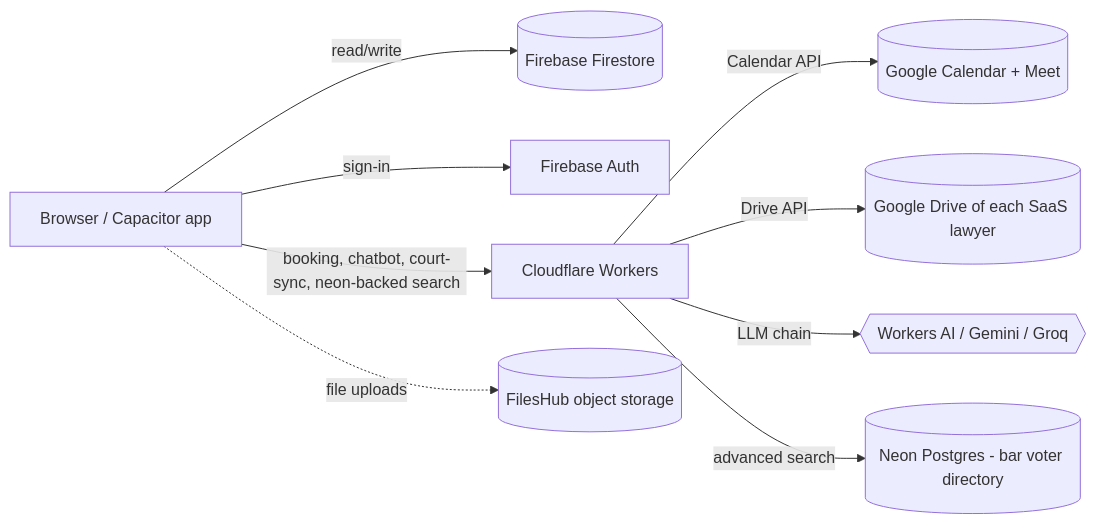
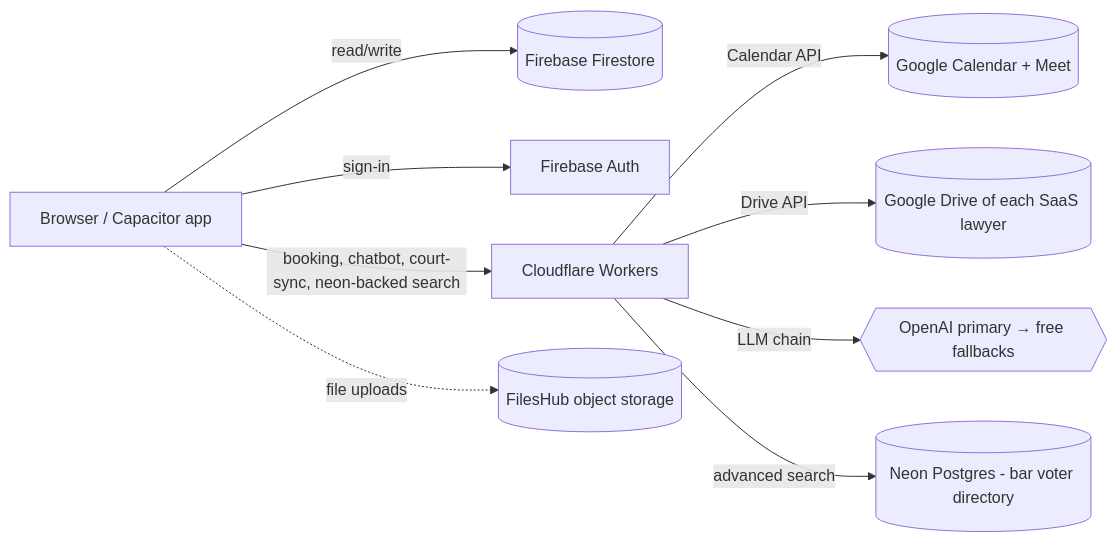
Before and after one commit to aoneahsan/legaleaglelawfirm-docs: the diagram in docs/architecture/intro.md, drawn with Mermaid. The commit also changed other lines of this file and 15 other files, not shown here.

First line of the commit message:
docs: finish docs site — architecture deep-dives + trust & policy + mobile

````diff
--- a/docs/architecture/intro.md
+++ b/docs/architecture/intro.md
@@ -26,11 +26,11 @@
 ```mermaid
 flowchart LR
   Browser[Browser / Capacitor app] -->|read/write| Firestore[(Firebase Firestore)]
   Browser -->|sign-in| Auth[Firebase Auth]
   Browser -->|booking, chatbot, court-sync, neon-backed search| Workers[Cloudflare Workers]
   Workers -->|Calendar API| Google[(Google Calendar + Meet)]
   Workers -->|Drive API| GoogleDrive[(Google Drive of each SaaS lawyer)]
-  Workers -->|LLM chain| LLMs{{Workers AI / Gemini / Groq}}
+  Workers -->|LLM chain| LLMs{{OpenAI primary → free fallbacks}}
   Workers -->|advanced search| Neon[(Neon Postgres - bar voter directory)]
   Browser -.->|file uploads| FilesHub[(FilesHub object storage)]
 ```
````
